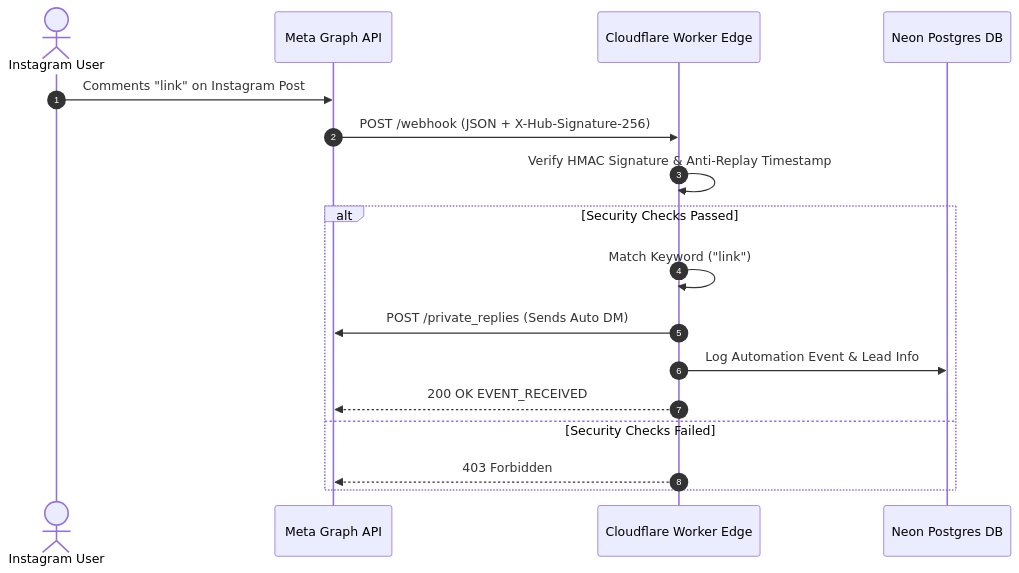
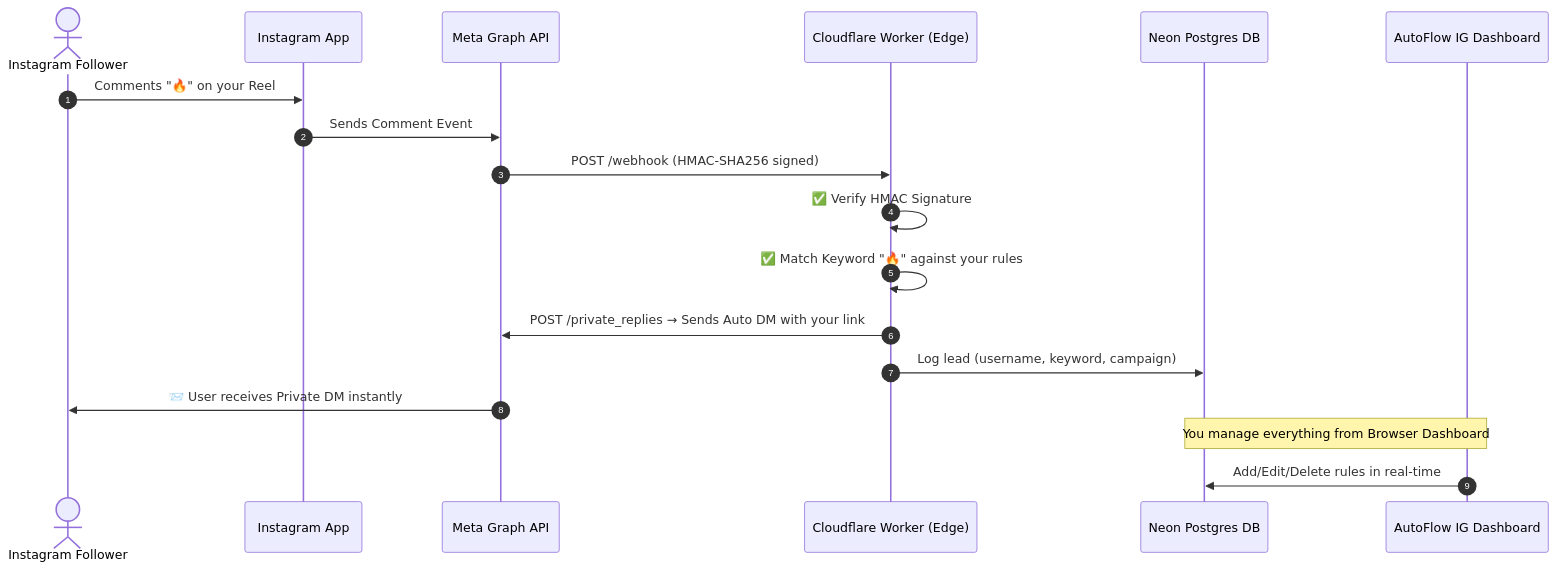
One commit to adrianak2026/autoflow-ig-automation changed the diagram in README.md. Above: the diagram before and after it, drawn with Mermaid. The commit also changed other lines of this file, not shown here.

Commit message:
docs: complete README rewrite — app purpose, competitor comparison, feature breakdown, setup guide, architecture diagram

````diff
--- a/README.md
+++ b/README.md
@@ -9,20 +91,22 @@
 ```mermaid
 sequenceDiagram
     autonumber
-    actor User as Instagram User
+    actor User as Instagram Follower
+    participant Instagram as Instagram App
     participant Meta as Meta Graph API
-    participant Worker as Cloudflare Worker Edge
+    participant Worker as Cloudflare Worker (Edge)
     participant Neon as Neon Postgres DB
+    participant Dashboard as AutoFlow IG Dashboard
 
-    User->>Meta: Comments "link" on Instagram Post
-    Meta->>Worker: POST /webhook (JSON + X-Hub-Signature-256)
-    Worker->>Worker: Verify HMAC Signature & Anti-Replay Timestamp
-    alt Security Checks Passed
-        Worker->>Worker: Match Keyword ("link")
-        Worker->>Meta: POST /private_replies (Sends Auto DM)
-        Worker->>Neon: Log Automation Event & Lead Info
-        Worker-->>Meta: 200 OK EVENT_RECEIVED
-    else Security Checks Failed
-        Worker-->>Meta: 403 Forbidden
-    end
+    User->>Instagram: Comments "🔥" on your Reel
+    Instagram->>Meta: Sends Comment Event
+    Meta->>Worker: POST /webhook (HMAC-SHA256 signed)
+    Worker->>Worker: ✅ Verify HMAC Signature
+    Worker->>Worker: ✅ Match Keyword "🔥" against your rules
+    Worker->>Meta: POST /private_replies → Sends Auto DM with your link
+    Worker->>Neon: Log lead (username, keyword, campaign)
+    Meta->>User: 📨 User receives Private DM instantly
+
+    Note over Dashboard,Neon: You manage everything from Browser Dashboard
+    Dashboard->>Neon: Add/Edit/Delete rules in real-time
 ```
````
